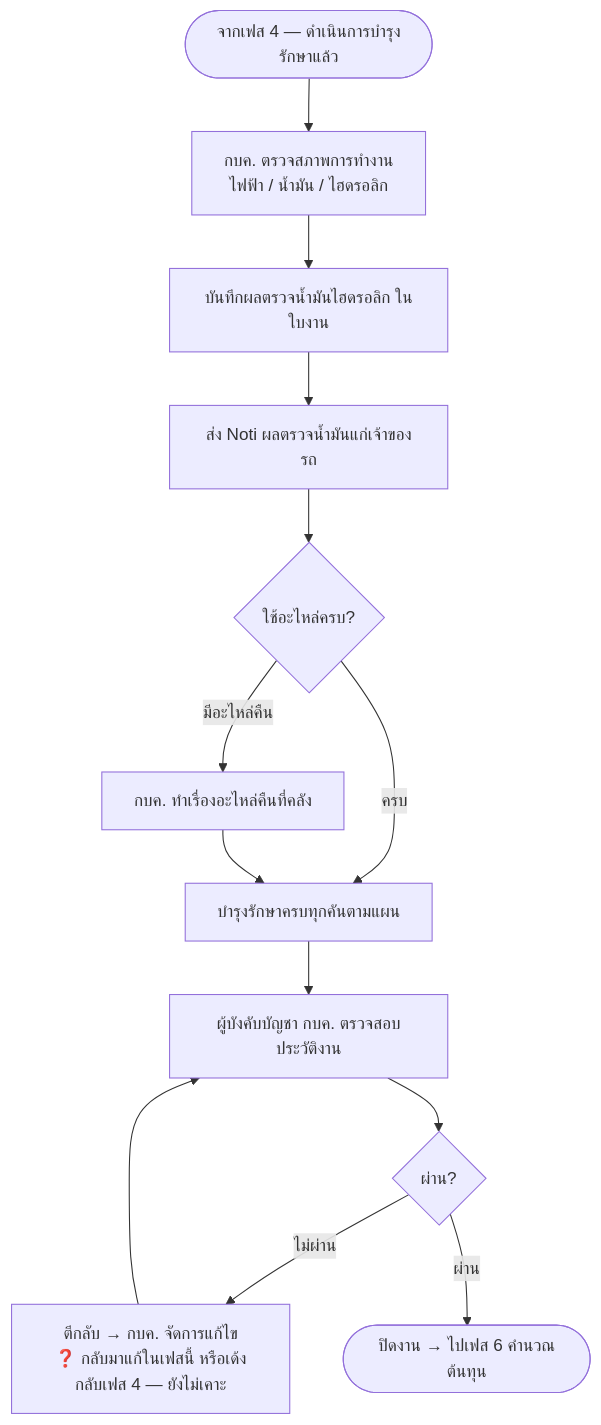
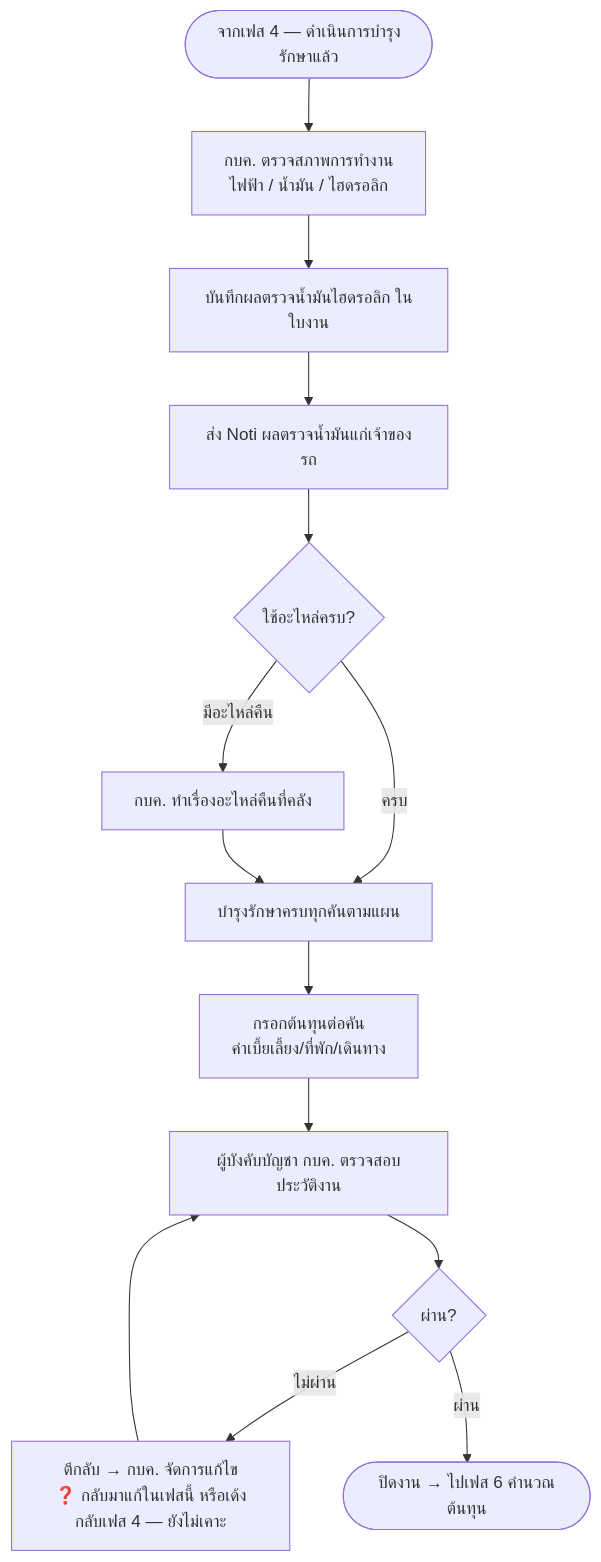
Before and after one commit to anugmail/Maintenance-Request-Form: the diagram in Diagram/01-บำรุงรักษาตามวาระ/05-เฟส4-จัดทำรายงาน.md, drawn with Mermaid. The commit also changed other lines of this file and 13 other files, not shown here.

````diff
--- a/Diagram/01-บำรุงรักษาตามวาระ/05-เฟส4-จัดทำรายงาน.md
+++ b/Diagram/01-บำรุงรักษาตามวาระ/05-เฟส4-จัดทำรายงาน.md
@@ -18,15 +25,16 @@
 ```mermaid
 flowchart TB
     S([จากเฟส 4 — ดำเนินการบำรุงรักษาแล้ว]) --> A[กบค. ตรวจสภาพการทำงาน<br/>ไฟฟ้า / น้ำมัน / ไฮดรอลิก]
     A --> B[บันทึกผลตรวจน้ำมันไฮดรอลิก ในใบงาน]
     B --> C[ส่ง Noti ผลตรวจน้ำมันแก่เจ้าของรถ]
     C --> D{ใช้อะไหล่ครบ?}
     D -->|มีอะไหล่คืน| E[กบค. ทำเรื่องอะไหล่คืนที่คลัง]
     D -->|ครบ| F[บำรุงรักษาครบทุกคันตามแผน]
     E --> F
-    F --> G[ผู้บังคับบัญชา กบค. ตรวจสอบประวัติงาน]
+    F --> K["กรอกต้นทุนต่อคัน<br/>ค่าเบี้ยเลี้ยง/ที่พัก/เดินทาง"]
+    K --> G[ผู้บังคับบัญชา กบค. ตรวจสอบประวัติงาน]
     G --> H{ผ่าน?}
     H -->|ไม่ผ่าน| I["ตีกลับ → กบค. จัดการแก้ไข<br/>❓ กลับมาแก้ในเฟสนี้ หรือเด้งกลับเฟส 4 — ยังไม่เคาะ"]
     I --> G
     H -->|ผ่าน| J([ปิดงาน → ไปเฟส 6 คำนวณต้นทุน])
 ```
````
